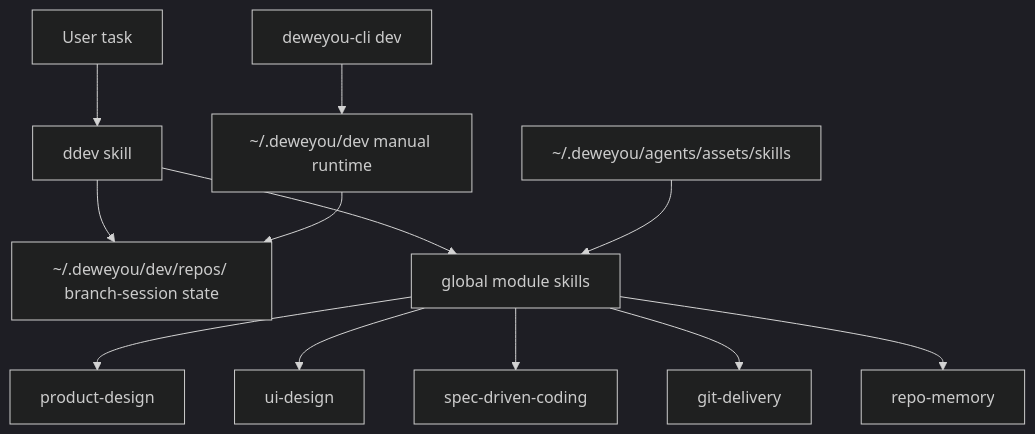
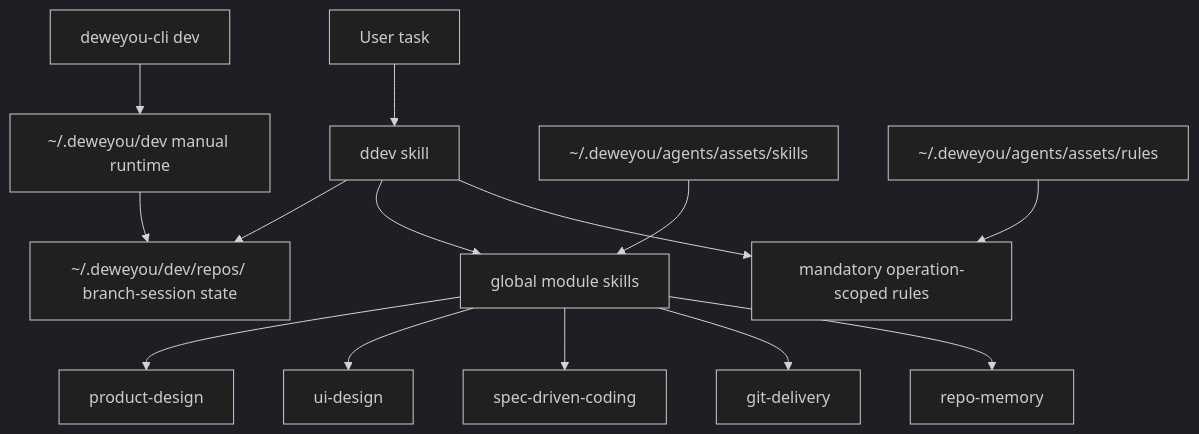
Before and after one commit to deweyou/harness: the diagram in docs/ddev-operations.md, drawn with Mermaid (dark theme). The commit also changed other lines of this file and 11 other files, not shown here.

Commit message:
feat(ddev): require cached engineering rules

````diff
--- a/docs/ddev-operations.md
+++ b/docs/ddev-operations.md
@@ -10,14 +10,16 @@
 ```mermaid
 flowchart TD
     User["User task"] --> DDev["ddev skill"]
     DDev --> State["~/.deweyou/dev/repos/<repo-id> branch-session state"]
     DDev --> GlobalModules["global module skills"]
+    DDev --> MandatoryRules["mandatory operation-scoped rules"]
     GlobalModules --> Product["product-design"]
     GlobalModules --> UI["ui-design"]
     GlobalModules --> Coding["spec-driven-coding"]
     GlobalModules --> Delivery["git-delivery"]
     GlobalModules --> Memory["repo-memory"]
     CLI["deweyou-cli dev"] --> Runtime["~/.deweyou/dev manual runtime"]
     Cache["~/.deweyou/agents/assets/skills"] --> GlobalModules
+    RuleCache["~/.deweyou/agents/assets/rules"] --> MandatoryRules
     Runtime --> State
 ```
````
